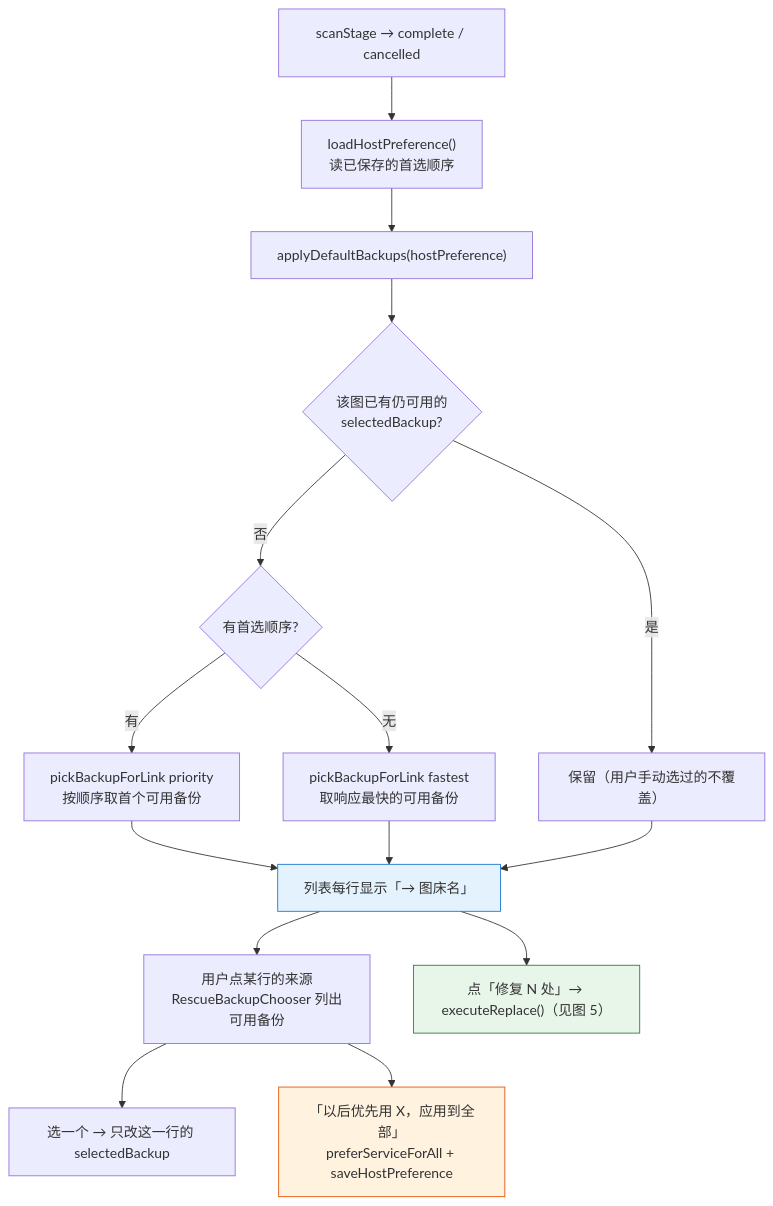
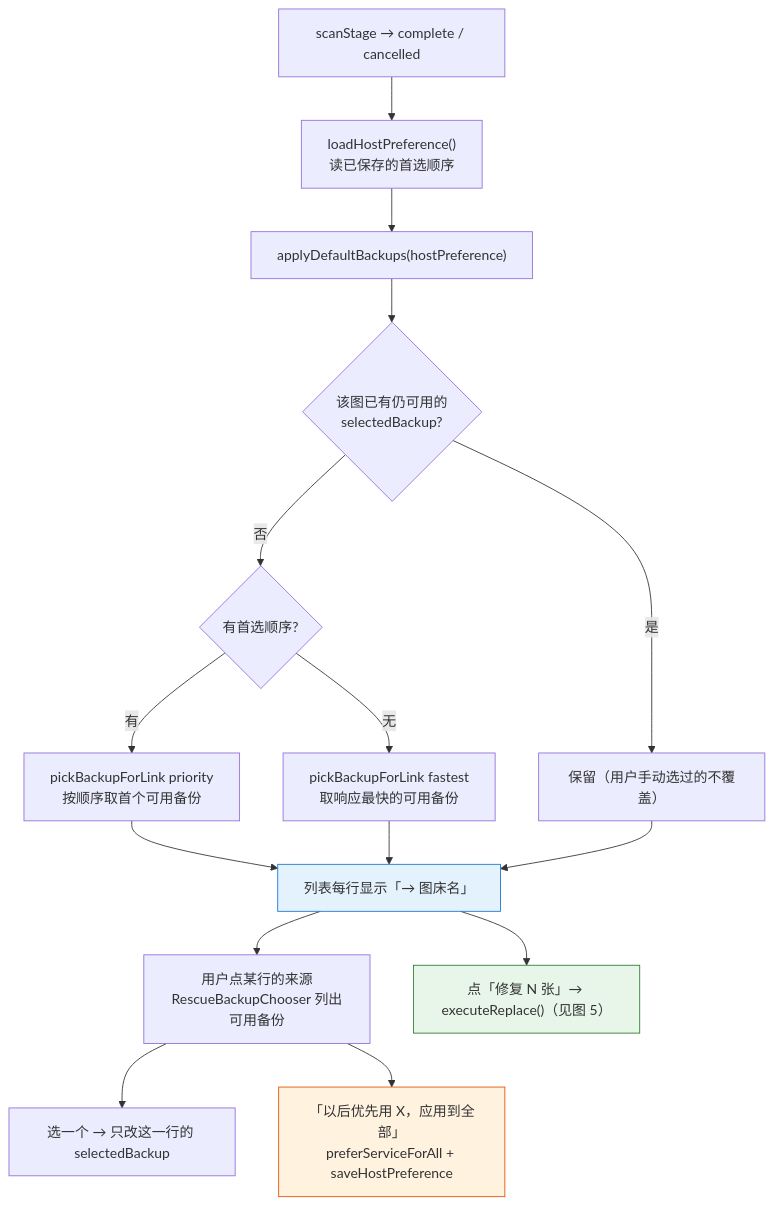
Before and after one commit to joeyliu6/PicNexus: the sixth of 6 diagrams in docs/flows/md-rescue-flow.md, drawn with Mermaid. The commit also changed other lines of this file, not shown here.

````diff
--- a/docs/flows/md-rescue-flow.md
+++ b/docs/flows/md-rescue-flow.md
@@ -352,24 +356,24 @@
 ```mermaid
 flowchart TD
     A["scanStage → complete / cancelled"] --> B["loadHostPreference()<br/>读已保存的首选顺序"]
     B --> C["applyDefaultBackups(hostPreference)"]
     C --> D{"该图已有仍可用的<br/>selectedBackup?"}
     D -- 是 --> D1["保留（用户手动选过的不覆盖）"]
     D -- 否 --> E{"有首选顺序?"}
     E -- 有 --> E1["pickBackupForLink priority<br/>按顺序取首个可用备份"]
     E -- 无 --> E2["pickBackupForLink fastest<br/>取响应最快的可用备份"]
 
     E1 --> F["列表每行显示「→ 图床名」"]
     E2 --> F
     D1 --> F
 
     F --> G["用户点某行的来源<br/>RescueBackupChooser 列出可用备份"]
     G --> G1["选一个 → 只改这一行的 selectedBackup"]
     G --> G2["「以后优先用 X，应用到全部」<br/>preferServiceForAll + saveHostPreference"]
 
-    F --> H["点「修复 N 处」→ executeReplace()（见图 5）"]
+    F --> H["点「修复 N 张」→ executeReplace()（见图 5）"]
 
     style F fill:#e3f2fd,stroke:#1976d2
     style G2 fill:#fff3e0,stroke:#e65100
     style H fill:#e8f5e9,stroke:#2e7d32
 ```
````
